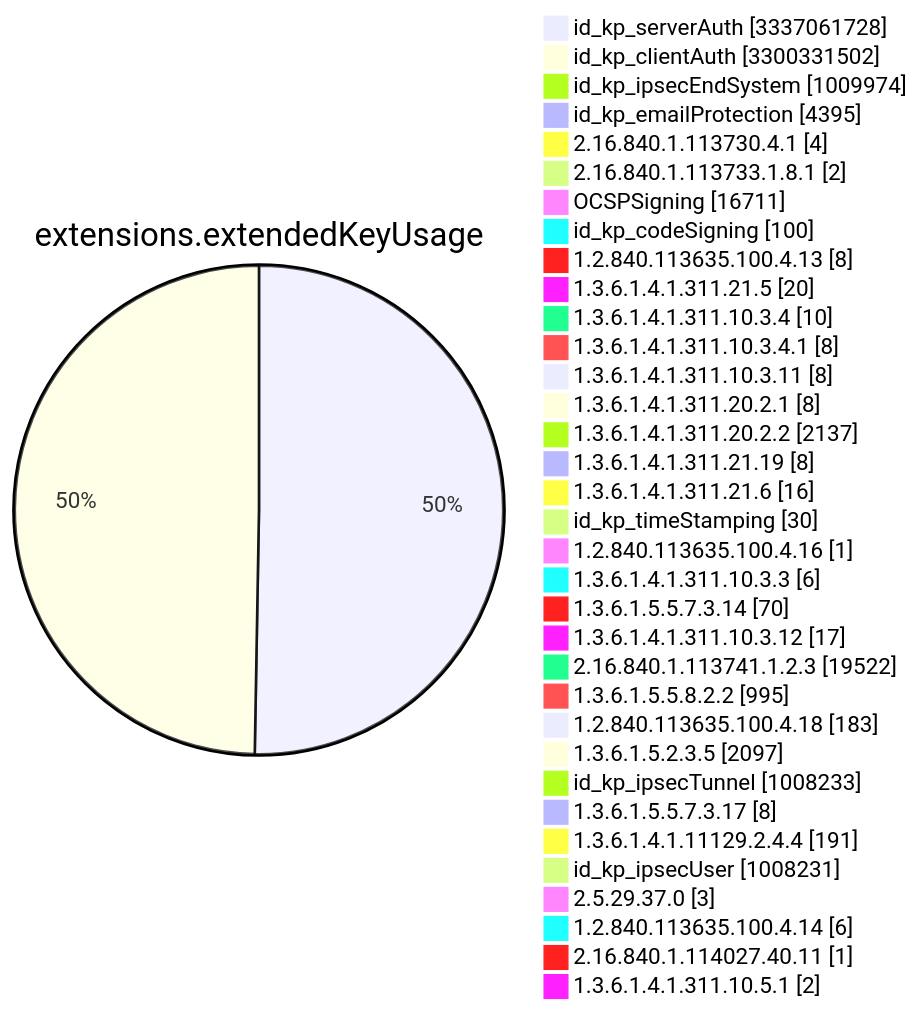
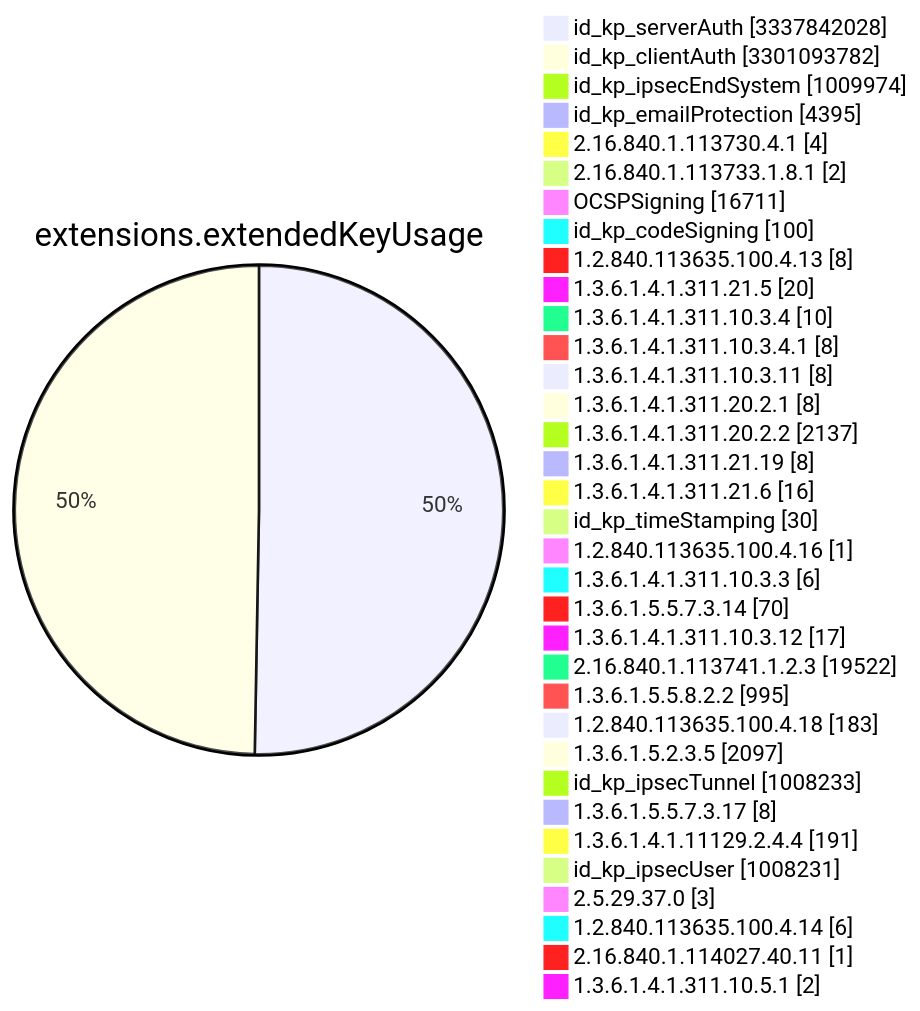
Diagram 11 of 15 in TOTAL/README.md (christiankrug/ctmonitor_visualization), drawn with Mermaid before and after one commit. The commit also changed other lines of this file, not shown here.

````diff
--- a/TOTAL/README.md
+++ b/TOTAL/README.md
@@ -4120,38 +4120,38 @@
 ```mermaid
 pie showData
 title extensions.extendedKeyUsage
-"id_kp_serverAuth" :3337061728
-"id_kp_clientAuth" :3300331502
+"id_kp_serverAuth" :3337842028
+"id_kp_clientAuth" :3301093782
 "id_kp_ipsecEndSystem" :1009974
 "id_kp_emailProtection" :4395
 "2.16.840.1.113730.4.1" :4
 "2.16.840.1.113733.1.8.1" :2
 "OCSPSigning" :16711
 "id_kp_codeSigning" :100
 "1.2.840.113635.100.4.13" :8
 "1.3.6.1.4.1.311.21.5" :20
 "1.3.6.1.4.1.311.10.3.4" :10
 "1.3.6.1.4.1.311.10.3.4.1" :8
 "1.3.6.1.4.1.311.10.3.11" :8
 "1.3.6.1.4.1.311.20.2.1" :8
 "1.3.6.1.4.1.311.20.2.2" :2137
 "1.3.6.1.4.1.311.21.19" :8
 "1.3.6.1.4.1.311.21.6" :16
 "id_kp_timeStamping" :30
 "1.2.840.113635.100.4.16" :1
 "1.3.6.1.4.1.311.10.3.3" :6
 "1.3.6.1.5.5.7.3.14" :70
 "1.3.6.1.4.1.311.10.3.12" :17
 "2.16.840.1.113741.1.2.3" :19522
 "1.3.6.1.5.5.8.2.2" :995
 "1.2.840.113635.100.4.18" :183
 "1.3.6.1.5.2.3.5" :2097
 "id_kp_ipsecTunnel" :1008233
 "1.3.6.1.5.5.7.3.17" :8
 "1.3.6.1.4.1.11129.2.4.4" :191
 "id_kp_ipsecUser" :1008231
 "2.5.29.37.0" :3
 "1.2.840.113635.100.4.14" :6
 "2.16.840.1.114027.40.11" :1
 "1.3.6.1.4.1.311.10.5.1" :2
 ```
````
